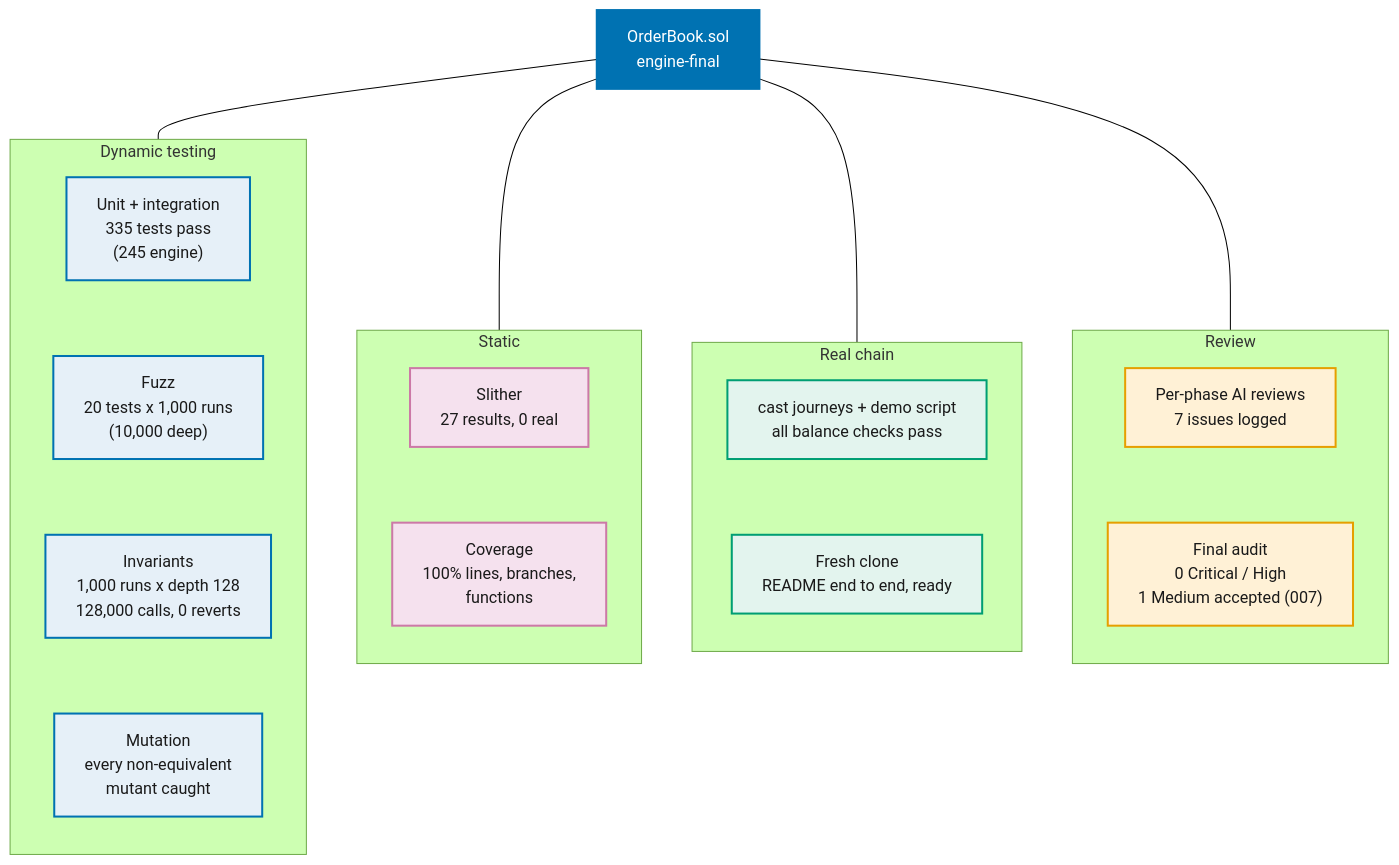
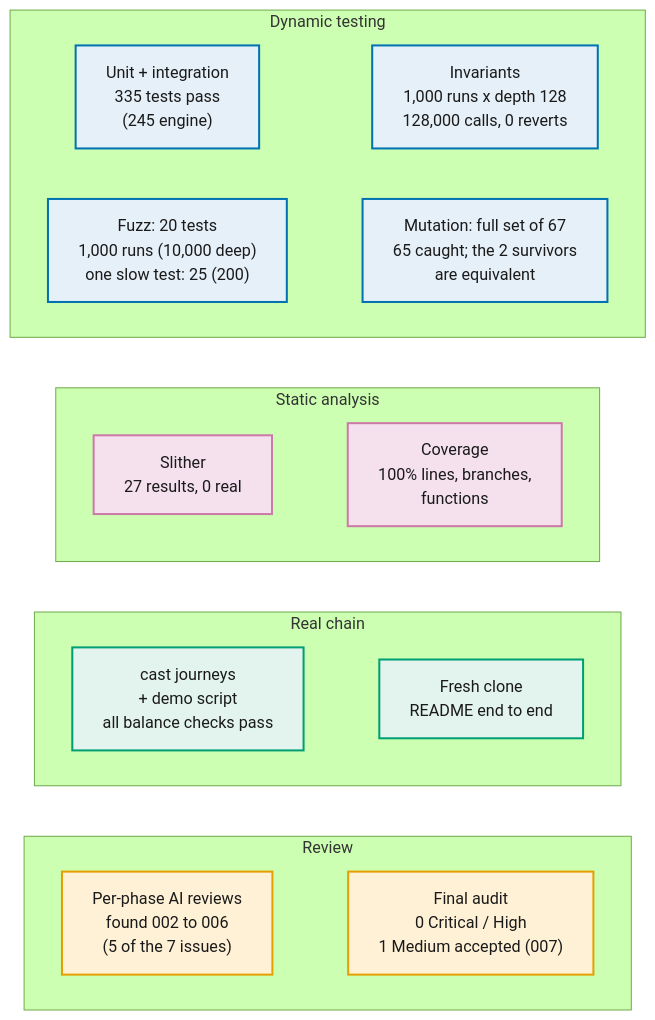
Before and after one commit to Nitecry7/SC4053-BlockChain-Project: the diagram in docs/report/diagrams/10-evidence-map.mmd, drawn with Mermaid (forest theme). The commit also changed 29 other files, not shown here.

First line of the commit message:
Report verification Phases 3-7: attributions corrected, figures A4-legible, full mutant set run

```diff
--- a/docs/report/diagrams/10-evidence-map.mmd
+++ b/docs/report/diagrams/10-evidence-map.mmd
@@ -1,43 +1,37 @@
 flowchart TB
-  classDef core fill:#0072B2,stroke:#0072B2,color:#FFFFFF,stroke-width:2px
   classDef test fill:#E6F0F8,stroke:#0072B2,stroke-width:2px,color:#1A1A1A
   classDef static fill:#F5E1EE,stroke:#CC79A7,stroke-width:2px,color:#1A1A1A
   classDef chain fill:#E3F4EE,stroke:#009E73,stroke-width:2px,color:#1A1A1A
   classDef review fill:#FFF1D6,stroke:#E69F00,stroke-width:2px,color:#1A1A1A
 
-  OB["OrderBook.sol<br/>engine-final"]:::core
-
   subgraph DYN["Dynamic testing"]
-    direction TB
     U["Unit + integration<br/>335 tests pass<br/>(245 engine)"]:::test
-    F["Fuzz<br/>20 tests x 1,000 runs<br/>(10,000 deep)"]:::test
+    F["Fuzz: 20 tests<br/>1,000 runs (10,000 deep)<br/>one slow test: 25 (200)"]:::test
     IV["Invariants<br/>1,000 runs x depth 128<br/>128,000 calls, 0 reverts"]:::test
-    MU["Mutation<br/>every non-equivalent<br/>mutant caught"]:::test
+    MU["Mutation: full set of 67<br/>65 caught; the 2 survivors<br/>are equivalent"]:::test
+    U ~~~ IV
+    F ~~~ MU
   end
 
-  subgraph STA["Static"]
-    direction TB
+  subgraph STA["Static analysis"]
+    direction LR
     SL["Slither<br/>27 results, 0 real"]:::static
     CV["Coverage<br/>100% lines, branches,<br/>functions"]:::static
+    SL ~~~ CV
   end
 
   subgraph RC["Real chain"]
-    direction TB
-    CA["cast journeys + demo script<br/>all balance checks pass"]:::chain
-    FC["Fresh clone<br/>README end to end, ready"]:::chain
+    direction LR
+    CA["cast journeys<br/>+ demo script<br/>all balance checks pass"]:::chain
+    FC["Fresh clone<br/>README end to end"]:::chain
+    CA ~~~ FC
   end
 
   subgraph RV["Review"]
-    direction TB
-    PR["Per-phase AI reviews<br/>7 issues logged"]:::review
+    direction LR
+    PR["Per-phase AI reviews<br/>found 002 to 006<br/>(5 of the 7 issues)"]:::review
     FA["Final audit<br/>0 Critical / High<br/>1 Medium accepted (007)"]:::review
+    PR ~~~ FA
   end
 
-  U ~~~ F ~~~ IV ~~~ MU
-  SL ~~~ CV
-  CA ~~~ FC
-  PR ~~~ FA
-  OB --- DYN
-  OB --- STA
-  OB --- RC
-  OB --- RV
+  DYN ~~~ STA ~~~ RC ~~~ RV
```
